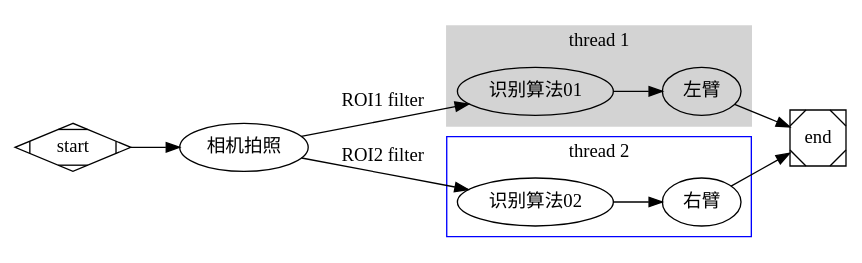
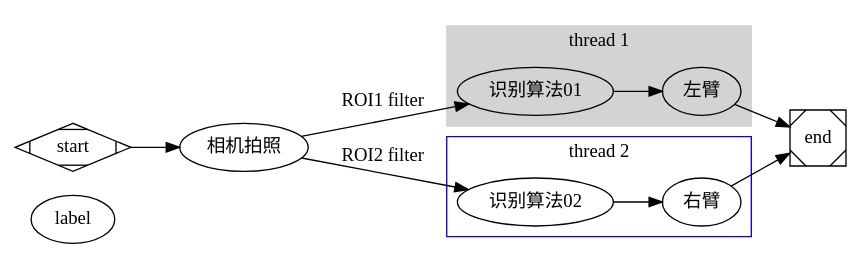
Before and after one commit to MagicalBrain/My-note.: the diagram in 工具使用汇总/写作工具/Graphviz/dot-demo.dot, drawn with Graphviz. The commit also changed 2 other files, not shown here.

Commit message:
update Graphviz

```diff
--- a/工具使用汇总/写作工具/Graphviz/dot-demo.dot
+++ b/工具使用汇总/写作工具/Graphviz/dot-demo.dot
@@ -1,36 +1,37 @@
 digraph G {
     rankdir="LR";
 
     node [fontname="SimHei"]
+    label [fontname="SimHei"]
     
     sensor [label="相机拍照"]
     
     algo01 [label="识别算法01"]
     algo02 [label="识别算法02"]
     
     robot01 [label="左臂"]
     robot02 [label="右臂"]
     
     subgraph cluster_0 {
         style=filled;
         color=lightgrey;
         node [style=filled,color=white];
         algo01-> robot01;
         label = "thread 1";
     }
 
     subgraph cluster_1 {
         node [style=filled];
         algo02 -> robot02;
         label = "thread 2";
         color=blue
     }
     start -> sensor;
     sensor -> algo01[label="ROI1 filter"];
     sensor -> algo02[label="ROI2 filter"];
     robot01 -> end;
     robot02 -> end;
 
     start [shape=Mdiamond];
     end [shape=Msquare];
 }
```
